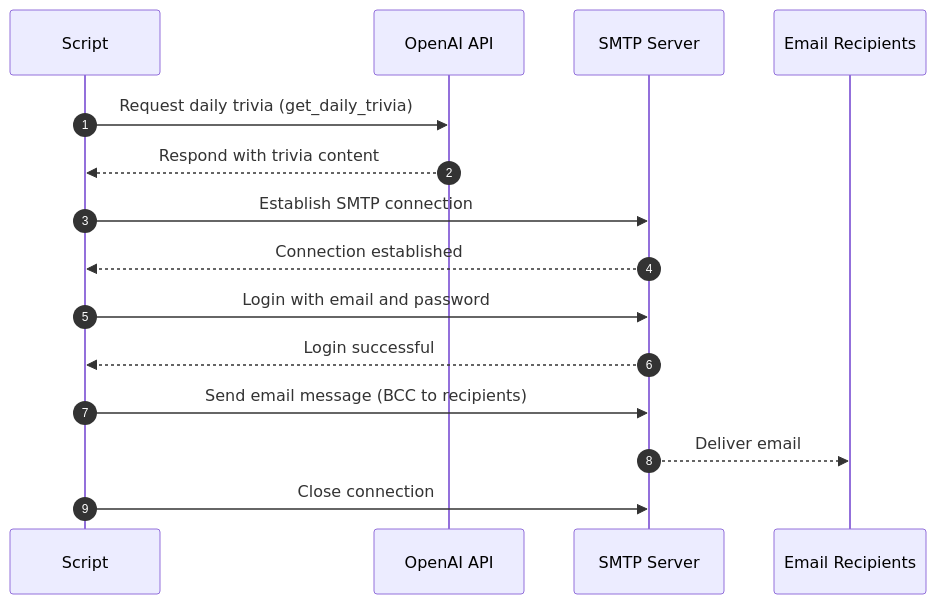
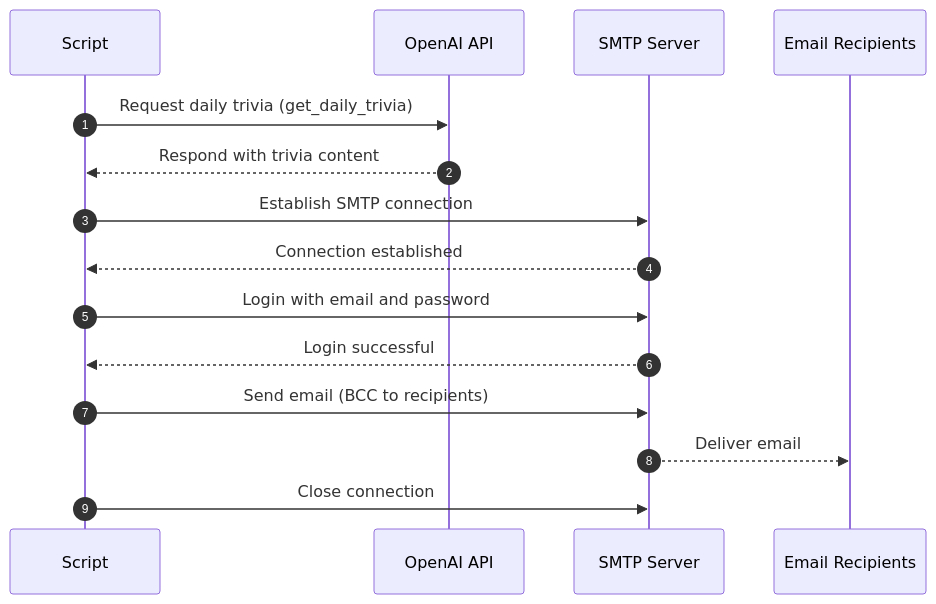
Before and after one commit to yunuchoi/daily-trivia: the diagram in README.md, drawn with Mermaid. The commit also changed other lines of this file, not shown here.

````diff
--- a/README.md
+++ b/README.md
@@ -6,22 +7,18 @@
 ```mermaid
 sequenceDiagram
     autonumber
     participant Script as Script
     participant OpenAI as OpenAI API
     participant SMTP as SMTP Server
     participant Recipients as Email Recipients
 
     Script->>OpenAI: Request daily trivia (get_daily_trivia)
     OpenAI-->>Script: Respond with trivia content
-
     Script->>SMTP: Establish SMTP connection
     SMTP-->>Script: Connection established
-
     Script->>SMTP: Login with email and password
     SMTP-->>Script: Login successful
-
-    Script->>SMTP: Send email message (BCC to recipients)
+    Script->>SMTP: Send email (BCC to recipients)
     SMTP-->>Recipients: Deliver email
-
     Script->>SMTP: Close connection
 ```
````
